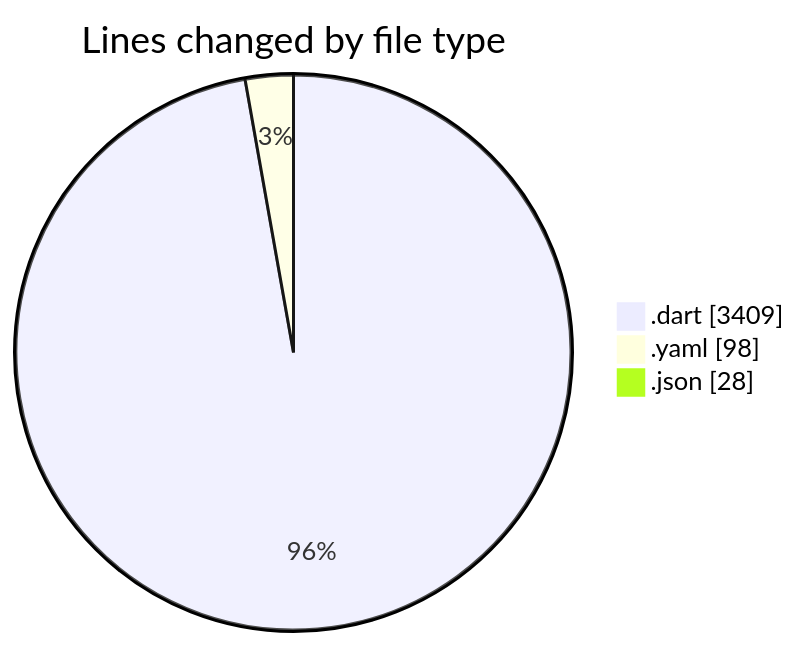
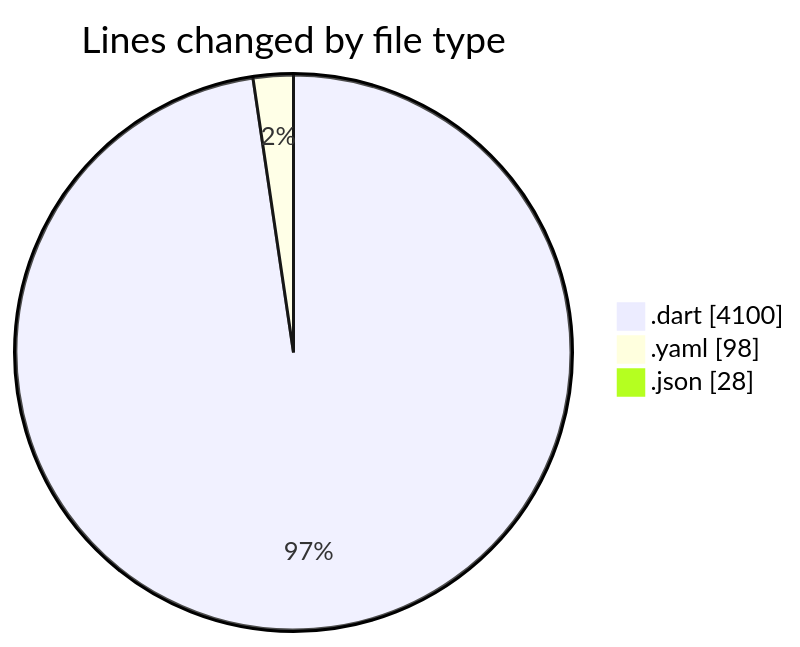
One commit to donsfak/code-tracking changed the first of 2 diagrams in 2025-11-01/weather_insights_app/README.md. Above: the diagram before and after it, drawn with Mermaid. The commit also changed other lines of this file and 1 other file, not shown here.

````diff
--- a/2025-11-01/weather_insights_app/README.md
+++ b/2025-11-01/weather_insights_app/README.md
@@ -30,7 +30,7 @@
 ```mermaid
 pie showData
 title Lines changed by file type
-".dart" : 3409
+".dart" : 4100
 ".yaml" : 98
 ".json" : 28
 ```
````
